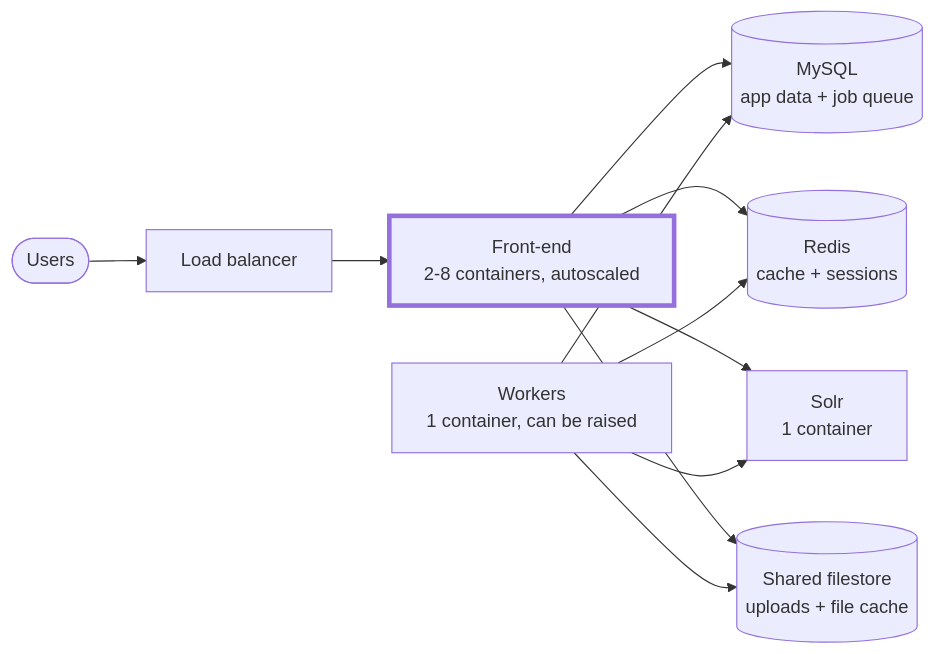
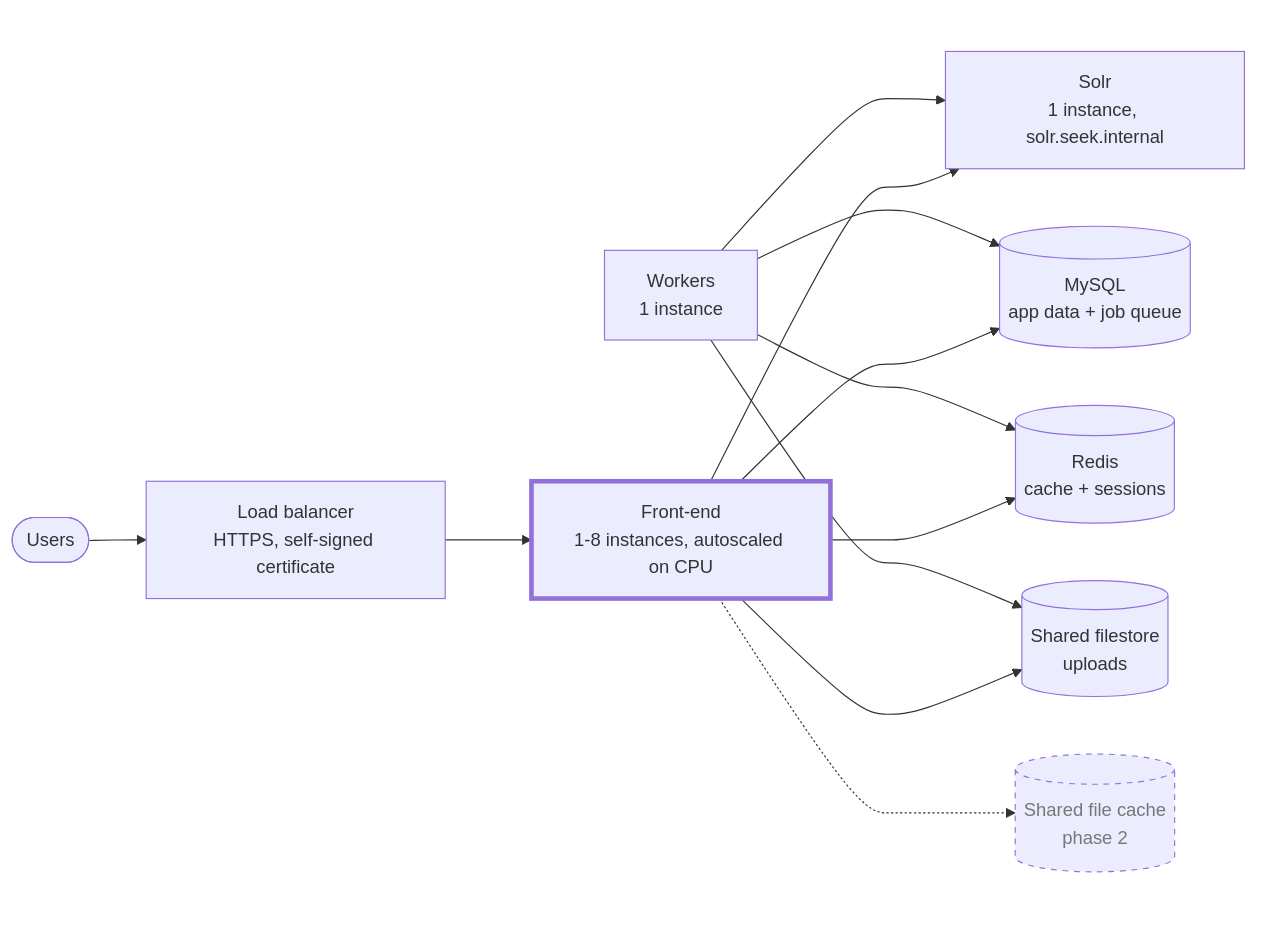
One commit to seek4science/seek changed the first of 5 diagrams in docs/pulumi-architecture.md. Above: the diagram before and after it, drawn with Mermaid. The commit also changed other lines of this file and 2 other files, not shown here.

First line of the commit message:
Bring the architecture doc up to date; make YAML comments self-contained

````diff
--- a/docs/pulumi-architecture.md
+++ b/docs/pulumi-architecture.md
@@ -28,24 +21,29 @@
 ```mermaid
 flowchart LR
     users(["Users"])
-    alb["Load balancer"]
-    web["Front-end<br/>2-8 containers, autoscaled"]
-    workers["Workers<br/>1 container, can be raised"]
-    solr["Solr<br/>1 container"]
-    db[("MySQL<br/>app data + job queue")]
-    redis[("Redis<br/>cache + sessions")]
-    files[("Shared filestore<br/>uploads + file cache")]
+    alb["Load balancer<br/>HTTPS, self-signed certificate"]
+
+    subgraph app[" "]
+        web["Front-end<br/>1-8 instances, autoscaled on CPU"]
+        workers["Workers<br/>1 instance"]
+    end
+
+    subgraph backing[" "]
+        solr["Solr<br/>1 instance, solr.seek.internal"]
+        db[("MySQL<br/>app data + job queue")]
+        redis[("Redis<br/>cache + sessions")]
+        files[("Shared filestore<br/>uploads")]
+        cache[("Shared file cache<br/>phase 2")]
+    end
 
     users --> alb --> web
-    web --> db
-    web --> redis
-    web --> solr
-    web --> files
-    workers --> db
-    workers --> redis
-    workers --> solr
-    workers --> files
+    web & workers --> solr & db & redis & files
+    web -.-> cache
 
     classDef multi stroke-width:4px
+    classDef planned stroke-dasharray:5 5,color:#777
+    classDef bare fill:none,stroke:none
     class web multi
+    class cache planned
+    class app,backing bare
 ```
````
